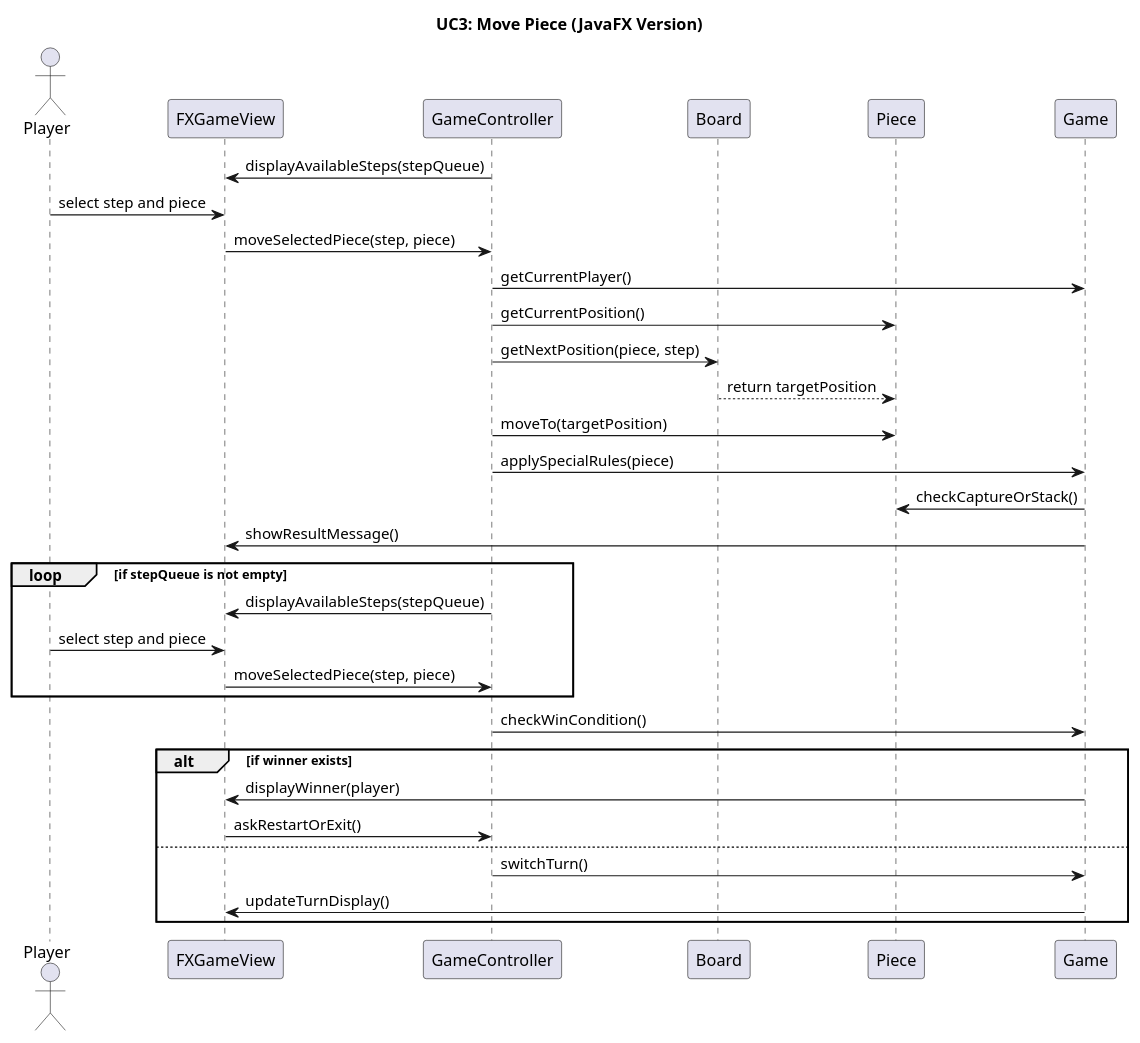
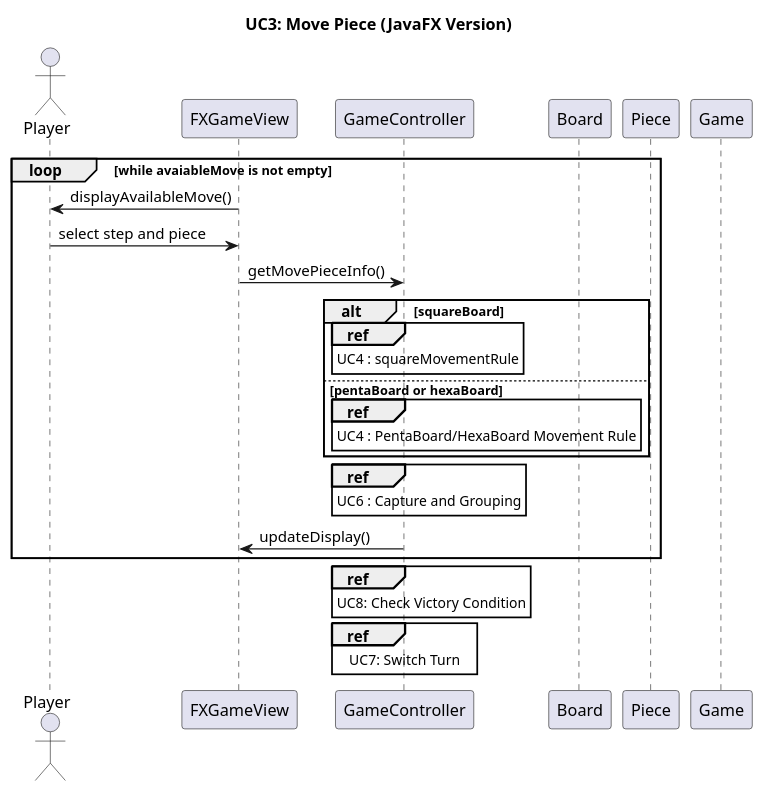
Before and after one commit to jack0928/SE-Term-Project-2025: the diagram in UC3FX.puml, drawn with PlantUML. The commit also changed 4 other files, not shown here.

```diff
--- a/UC3FX.puml
+++ b/UC3FX.puml
@@ -1,42 +1,41 @@
 @startuml
 title UC3: Move Piece (JavaFX Version)
 
 actor Player
 participant FXGameView as FXGameView
 participant GameController as GameController
 participant Board as Board
 participant Piece as Piece
 participant Game as Game
 
-GameController -> FXGameView : displayAvailableSteps(stepQueue)
-
+loop while avaiableMove is not empty
+FXGameView -> Player : displayAvailableMove()
 Player -> FXGameView : select step and piece
-FXGameView -> GameController : moveSelectedPiece(step, piece)
-
-GameController -> Game : getCurrentPlayer()
-GameController -> Piece : getCurrentPosition()
-GameController -> Board : getNextPosition(piece, step)
-Board --> Piece : return targetPosition
-
-GameController -> Piece : moveTo(targetPosition)
-
-GameController -> Game : applySpecialRules(piece)
-Game -> Piece : checkCaptureOrStack()
-Game -> FXGameView : showResultMessage()
-
-loop if stepQueue is not empty
-    GameController -> FXGameView : displayAvailableSteps(stepQueue)
-        Player -> FXGameView : select step and piece
-        FXGameView -> GameController : moveSelectedPiece(step, piece)
+FXGameView -> GameController : getMovePieceInfo()
+alt squareBoard
+	ref over GameController
+		UC4 : squareMovementRule
+	end ref
+else pentaBoard or hexaBoard
+	ref over GameController
+		UC4 : PentaBoard/HexaBoard Movement Rule
+	end ref
+end alt
+ref over GameController
+		UC6 : Capture and Grouping
+	end ref
+GameController -> FXGameView : updateDisplay()
 end loop
 
-GameController -> Game : checkWinCondition()
-alt if winner exists
-    Game -> FXGameView : displayWinner(player)
-    FXGameView -> GameController : askRestartOrExit()
-else
-    GameController -> Game : switchTurn()
-    Game -> FXGameView : updateTurnDisplay()
-end alt
+
+
+'필요 없을듯?'
+ref over GameController
+	UC8: Check Victory Condition
+end ref
+ref over GameController
+	UC7: Switch Turn
+end ref
+
 
 @enduml
```
